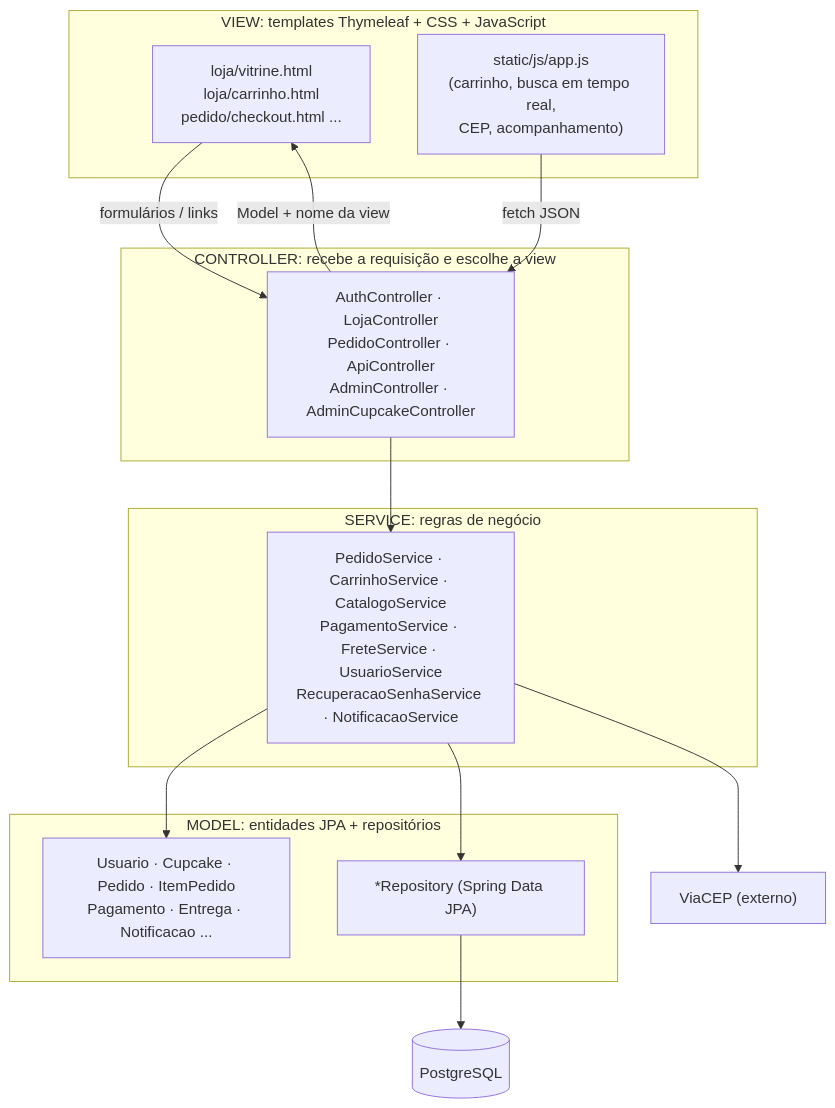
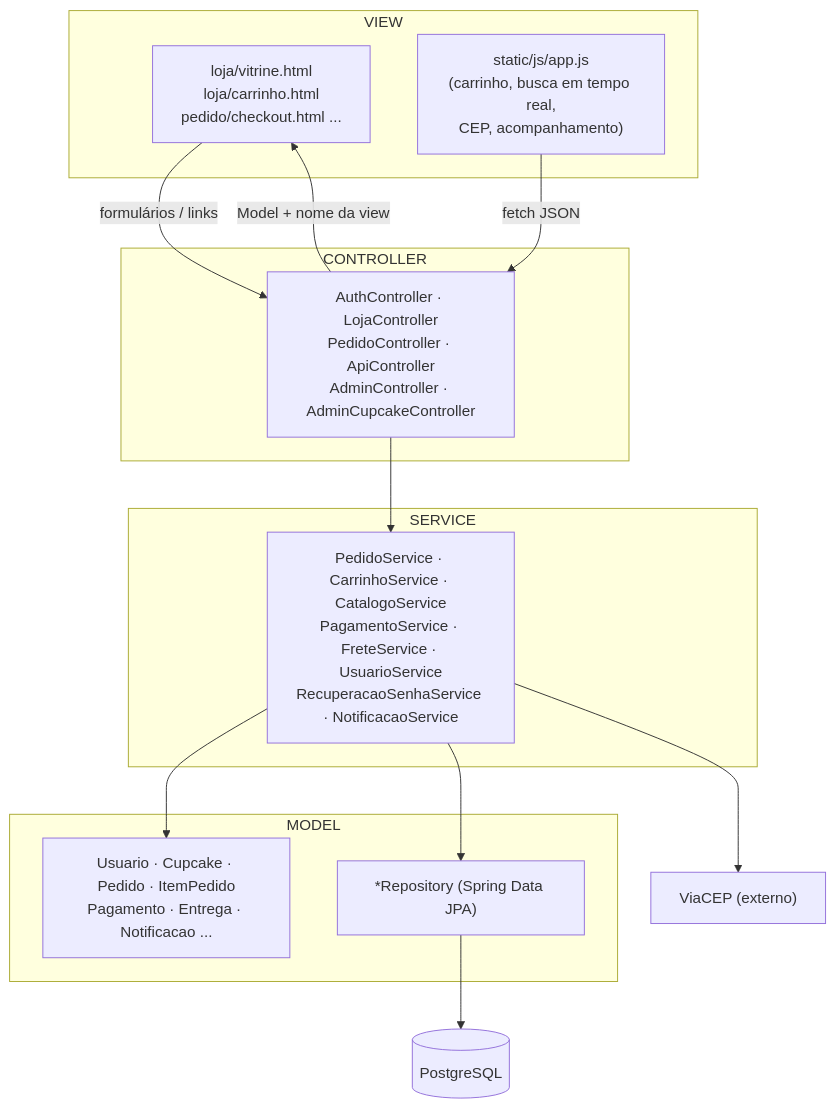
The first of 2 diagrams in situacao-1-documentacao/08-arquitetura.md (Brunoredbov/sweet-bites), drawn with Mermaid before and after one commit. The commit also changed 2 other files, not shown here.

Commit message:
docs: Documentação completa em PDF
PDF único (59 páginas) com as três situações-problema, sumário com
links internos e os 9 diagramas Mermaid já desenhados, para leitura
fora do GitHub. Rótulos do diagrama MVC encurtados para não cortarem.

````diff
--- a/situacao-1-documentacao/08-arquitetura.md
+++ b/situacao-1-documentacao/08-arquitetura.md
@@ -7,28 +7,28 @@
 ```mermaid
 flowchart TB
-    subgraph View["VIEW: templates Thymeleaf + CSS + JavaScript"]
+    subgraph View["VIEW"]
         T1["loja/vitrine.html<br/>loja/carrinho.html<br/>pedido/checkout.html ..."]
         JS["static/js/app.js<br/>(carrinho, busca em tempo real,<br/>CEP, acompanhamento)"]
     end
-    subgraph Controller["CONTROLLER: recebe a requisição e escolhe a view"]
+    subgraph Controller["CONTROLLER"]
         C1["AuthController · LojaController<br/>PedidoController · ApiController<br/>AdminController · AdminCupcakeController"]
     end
-    subgraph Service["SERVICE: regras de negócio"]
+    subgraph Service["SERVICE"]
         S1["PedidoService · CarrinhoService · CatalogoService<br/>PagamentoService · FreteService · UsuarioService<br/>RecuperacaoSenhaService · NotificacaoService"]
     end
-    subgraph Model["MODEL: entidades JPA + repositórios"]
+    subgraph Model["MODEL"]
         M1["Usuario · Cupcake · Pedido · ItemPedido<br/>Pagamento · Entrega · Notificacao ..."]
         R1["*Repository (Spring Data JPA)"]
     end
     DB[("PostgreSQL")]
     EXT["ViaCEP (externo)"]
 
     T1 -- formulários / links --> C1
     JS -- fetch JSON --> C1
     C1 --> S1
     S1 --> M1
     S1 --> R1
     R1 --> DB
     S1 --> EXT
     C1 -- Model + nome da view --> T1
 ```
````
